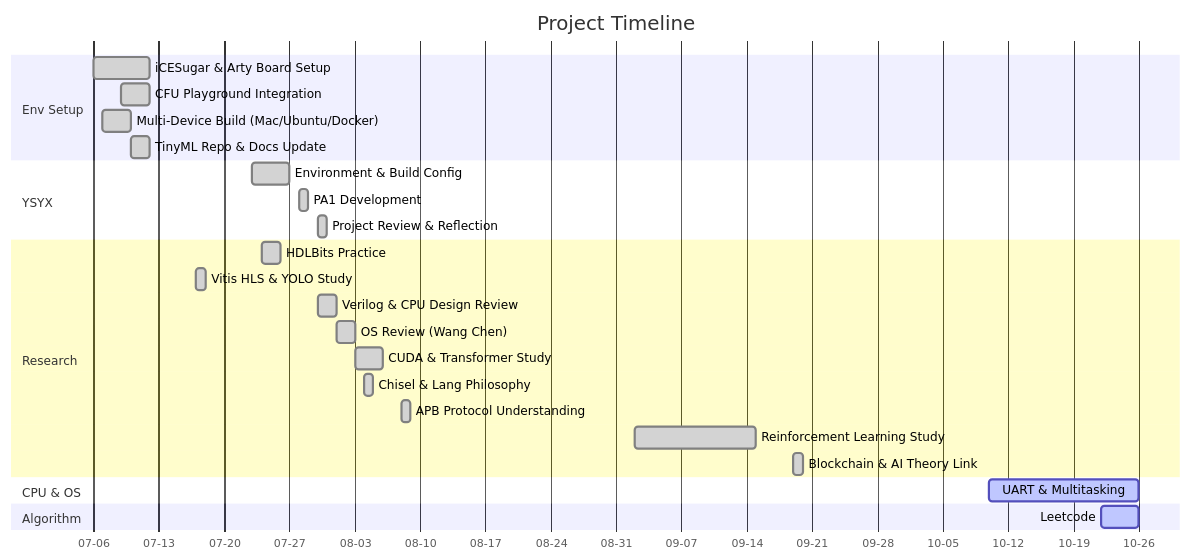
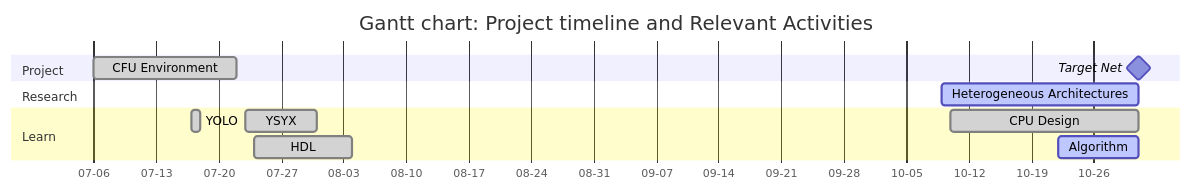
Before and after one commit to Marcobisky/Marcobisky.github.io: the first of 2 diagrams in tinyml/index.qmd, drawn with Mermaid. The commit also changed other lines of this file and 2 other files, not shown here.

Commit message:
Modify Gantt chart, add target net milestone

````diff
--- a/tinyml/index.qmd
+++ b/tinyml/index.qmd
@@ -45,39 +46,30 @@
 ```{mermaid}
+---
+displayMode: compact
+---
 %%| label: fig-timeline
-%%| fig-cap: "Project timeline Gantt chart"
+%%| fig-cap: "Gantt Chart"
 %%| fig-width: 10
 %%| fig-height: 6
+
 gantt
-    title Project Timeline
+    title Gantt chart: Project timeline and Relevant Activities
     dateFormat  YYYY-MM-DD
     axisFormat  %m-%d
     tickInterval 14d
 
-    section Env Setup
-        iCESugar & Arty Board Setup :done, env1, 2025-07-06, 2025-07-12
-        CFU Playground Integration  :done, env2, 2025-07-09, 2025-07-12
-        Multi-Device Build (Mac/Ubuntu/Docker) :done, env3, 2025-07-07, 2025-07-10
-        TinyML Repo & Docs Update   :done, env4, 2025-07-10, 2025-07-12
-
-    section YSYX
-        Environment & Build Config  :done, ysyx1, 2025-07-23, 2025-07-27
-        PA1 Development             :done, ysyx2, 2025-07-28, 2025-07-29
-        Project Review & Reflection :done, ysyx3, 2025-07-30, 2025-07-31
+    section Project
+        CFU Environment :done, 2025-07-06, 2025-07-22
+        Target Net :milestone, 2025-10-31, 0d
 
     section Research
-        HDLBits Practice            :done, res1, 2025-07-24, 2025-07-26
-        Vitis HLS & YOLO Study      :done, res2, 2025-07-17, 1d
-        Verilog & CPU Design Review :done, res3, 2025-07-30, 2d
-        OS Review (Wang Chen)        :done, res4, 2025-08-01, 2d
-        CUDA & Transformer Study    :done, res5, 2025-08-03, 3d
-        Chisel & Lang Philosophy    :done, res6, 2025-08-04, 1d
-        APB Protocol Understanding  :done, res7, 2025-08-08, 1d
-        Reinforcement Learning Study:done, res8, 2025-09-02, 2025-09-15
-        Blockchain & AI Theory Link :done, res9, 2025-09-19, 1d
+        Heterogeneous Architectures :active, 2025-10-09, 2025-10-31
 
-    section CPU & OS
-        UART & Multitasking         :active, cpu1, 2025-10-10, 2025-10-26
+    section Learn
+        YSYX :done, 2025-07-23, 2025-07-31
+        HDL :done, 2025-07-24, 2025-08-04
+        YOLO :done, 2025-07-17, 1d
+        CPU Design :done, 2025-10-10, 2025-10-31
+        Algorithm :active, 2025-10-22, 2025-10-31
 
-    section Algorithm
-        Leetcode                    :active, alg1, 2025-10-22, 2025-10-26
 ```
````
